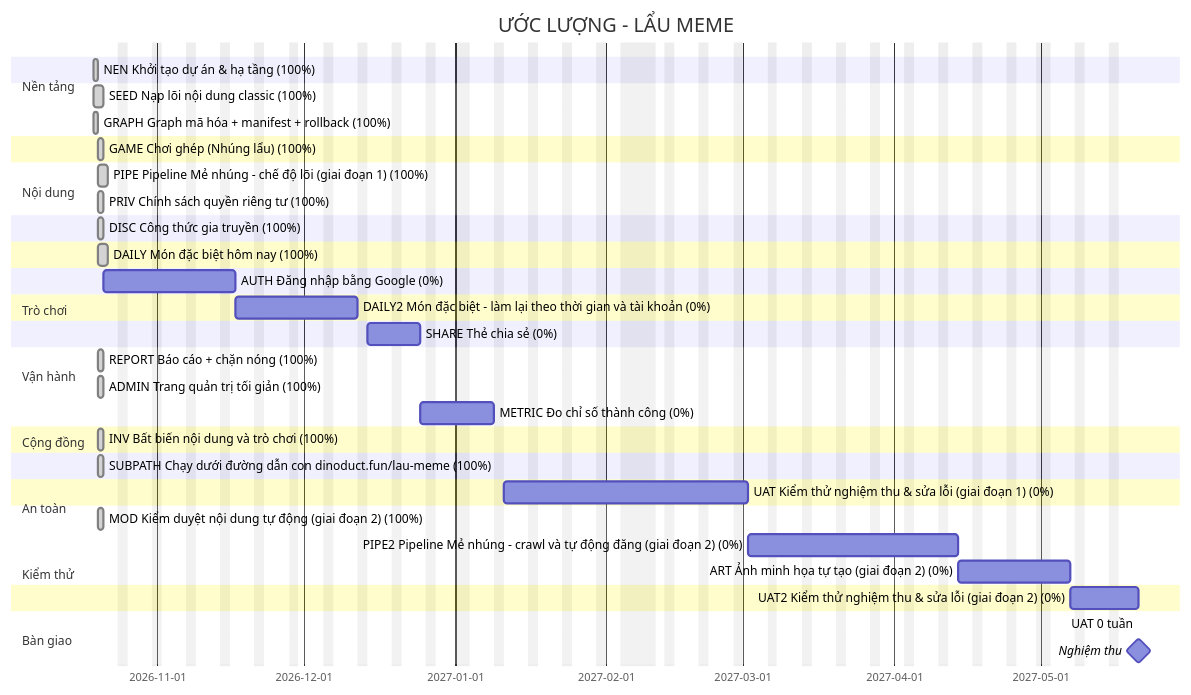
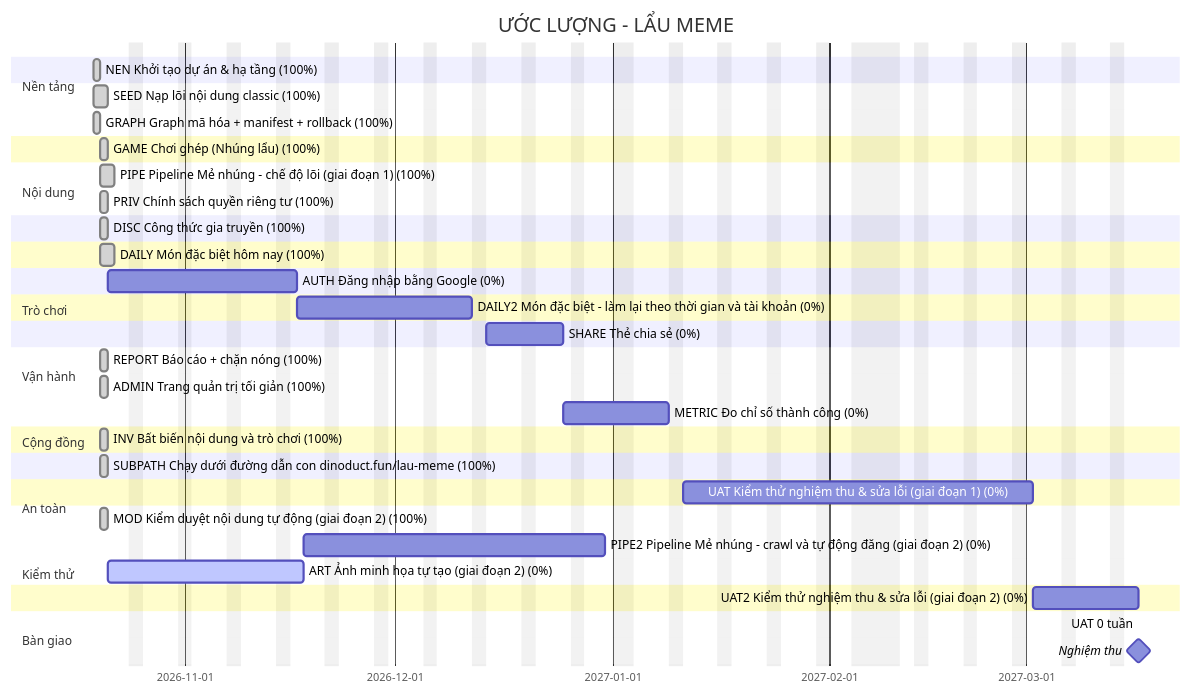
One commit to thucnq/lau-meme changed the diagram in docs/plan/gantt.md. Above: the diagram before and after it, drawn with Mermaid. The commit also changed other lines of this file and 4 other files, not shown here.

First line of the commit message:
chore(estimate): ART 7 -> 9 điểm cho AC-ART-09/10 (nối vẽ ảnh vào mẻ full), UAT2 4.5 -> 5; chạy lại kế hoạch

````diff
--- a/docs/plan/gantt.md
+++ b/docs/plan/gantt.md
@@ -5,48 +5,48 @@
 ```mermaid
 gantt
     title ƯỚC LƯỢNG - LẨU MEME
     dateFormat YYYY-MM-DD
     excludes weekends, 2027-01-01, 2027-02-04, 2027-02-05, 2027-02-06, 2027-02-07, 2027-02-08, 2027-02-09, 2027-02-10, 2027-04-30, 2027-05-01
     todayMarker stroke-width:2px,stroke:#d33
     section Nền tảng
     NEN Khởi tạo dự án & hạ tầng (100%) :done, NEN, 2026-10-19, 1d
     section Nội dung
     SEED Nạp lõi nội dung classic (100%) :done, SEED, 2026-10-19, 2d
     GRAPH Graph mã hóa + manifest + rollback (100%) :done, GRAPH, 2026-10-19, 1d
     section Trò chơi
     GAME Chơi ghép (Nhúng lẩu) (100%) :done, GAME, 2026-10-20, 1d
     section Nội dung
     PIPE Pipeline Mẻ nhúng - chế độ lõi (giai đoạn 1) (100%) :done, PIPE, 2026-10-20, 2d
     section Vận hành
     PRIV Chính sách quyền riêng tư (100%) :done, PRIV, 2026-10-20, 1d
     section Cộng đồng
     DISC Công thức gia truyền (100%) :done, DISC, 2026-10-20, 1d
     section Trò chơi
     DAILY Món đặc biệt hôm nay (100%) :done, DAILY, 2026-10-20, 2d
     section Cộng đồng
     AUTH Đăng nhập bằng Google (0%) :AUTH, 2026-10-21, 19d
     section Trò chơi
     DAILY2 Món đặc biệt - làm lại theo thời gian và tài khoản (0%) :DAILY2, 2026-11-17, 19d
     section Cộng đồng
     SHARE Thẻ chia sẻ (0%) :SHARE, 2026-12-14, 9d
     section An toàn
     REPORT Báo cáo + chặn nóng (100%) :done, REPORT, 2026-10-20, 1d
     ADMIN Trang quản trị tối giản (100%) :done, ADMIN, 2026-10-20, 1d
     section Vận hành
     METRIC Đo chỉ số thành công (0%) :METRIC, 2026-12-25, 10d
     section Kiểm thử
     INV Bất biến nội dung và trò chơi (100%) :done, INV, 2026-10-20, 1d
     section Nền tảng
     SUBPATH Chạy dưới đường dẫn con dinoduct.fun/lau-meme (100%) :done, SUBPATH, 2026-10-20, 1d
     section Kiểm thử
     UAT Kiểm thử nghiệm thu & sửa lỗi (giai đoạn 1) (0%) :UAT, 2027-01-11, 31d
     section Nội dung
     MOD Kiểm duyệt nội dung tự động (giai đoạn 2) (100%) :done, MOD, 2026-10-20, 1d
-    PIPE2 Pipeline Mẻ nhúng - crawl và tự động đăng (giai đoạn 2) (0%) :PIPE2, 2027-03-02, 31d
-    ART Ảnh minh họa tự tạo (giai đoạn 2) (0%) :ART, 2027-04-14, 16d
+    PIPE2 Pipeline Mẻ nhúng - crawl và tự động đăng (giai đoạn 2) (0%) :PIPE2, 2026-11-18, 31d
+    ART Ảnh minh họa tự tạo (giai đoạn 2) (0%) :active, ART, 2026-10-21, 20d
     section Kiểm thử
-    UAT2 Kiểm thử nghiệm thu & sửa lỗi (giai đoạn 2) (0%) :UAT2, 2027-05-07, 10d
+    UAT2 Kiểm thử nghiệm thu & sửa lỗi (giai đoạn 2) (0%) :UAT2, 2027-03-02, 11d
     section Bàn giao
-    UAT 0 tuần :uat, 2027-05-21, 0d
-    Nghiệm thu :milestone, 2027-05-21, 0d
+    UAT 0 tuần :uat, 2027-03-17, 0d
+    Nghiệm thu :milestone, 2027-03-17, 0d
 ```
````
